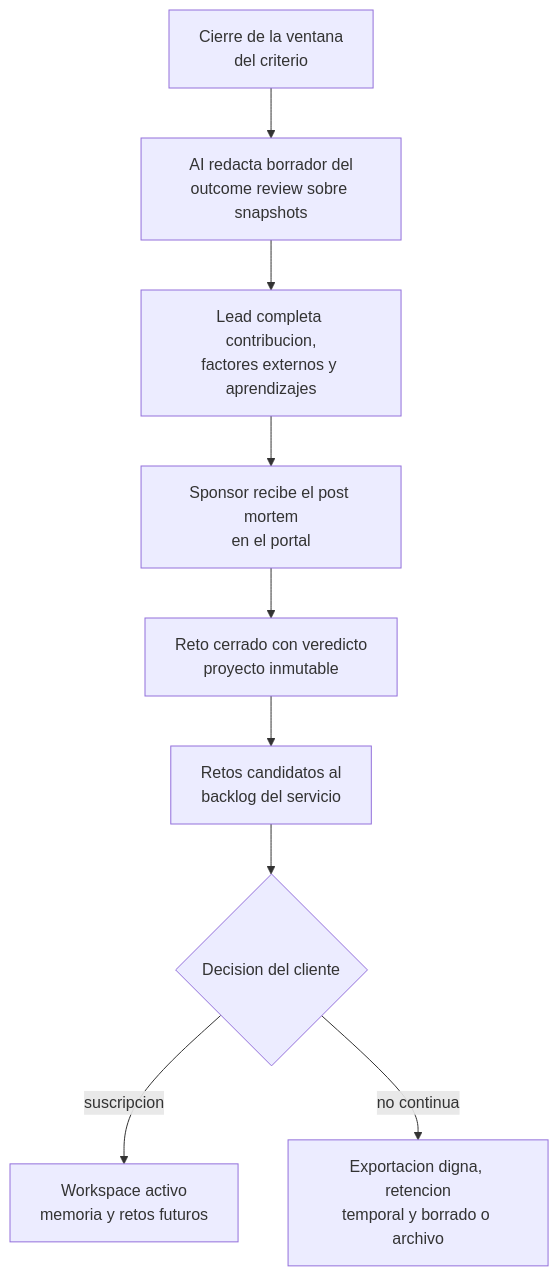
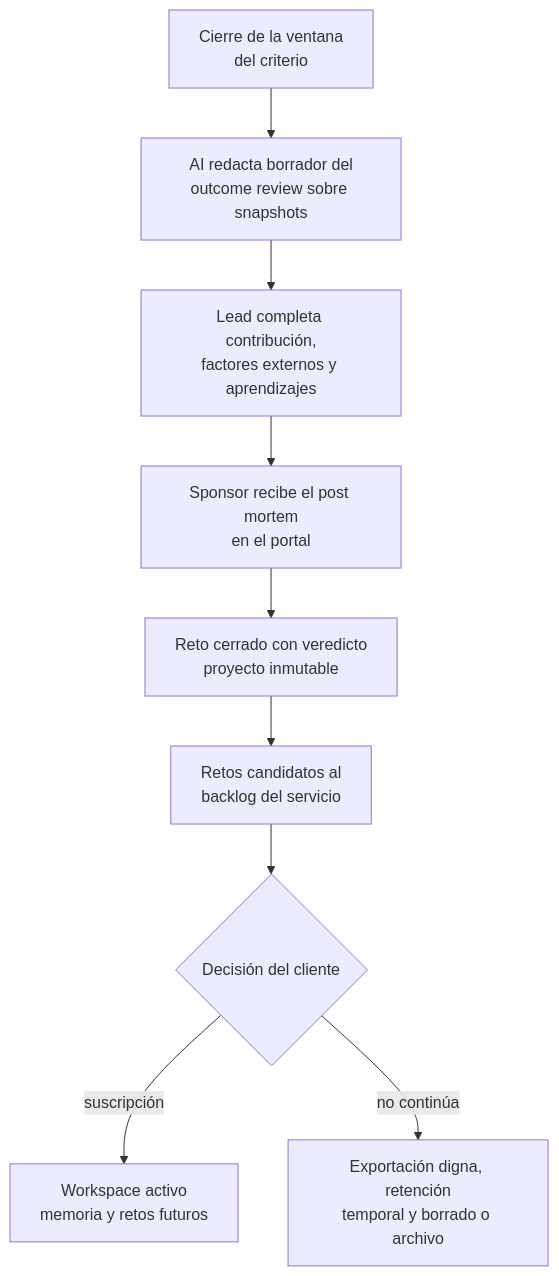
One commit to jtrujillo-ws/designio-app changed the eighth of 9 diagrams in docs/04-journeys/journeys-plataforma.md. Above: the diagram before and after it, drawn with Mermaid. The commit also changed other lines of this file and 4 other files, not shown here.

````diff
--- a/docs/04-journeys/journeys-plataforma.md
+++ b/docs/04-journeys/journeys-plataforma.md
@@ -242,11 +242,11 @@
 ```mermaid
 flowchart TD
   A["Cierre de la ventana<br/>del criterio"] --> B["AI redacta borrador del<br/>outcome review sobre snapshots"]
-  B --> C["Lead completa contribucion,<br/>factores externos y aprendizajes"]
+  B --> C["Lead completa contribución,<br/>factores externos y aprendizajes"]
   C --> D["Sponsor recibe el post mortem<br/>en el portal"]
   D --> E["Reto cerrado con veredicto<br/>proyecto inmutable"]
   E --> F["Retos candidatos al<br/>backlog del servicio"]
-  F --> G{"Decision del cliente"}
-  G -->|suscripcion| H["Workspace activo<br/>memoria y retos futuros"]
-  G -->|no continua| I["Exportacion digna, retencion<br/>temporal y borrado o archivo"]
+  F --> G{"Decisión del cliente"}
+  G -->|suscripción| H["Workspace activo<br/>memoria y retos futuros"]
+  G -->|no continúa| I["Exportación digna, retención<br/>temporal y borrado o archivo"]
 ```
````
